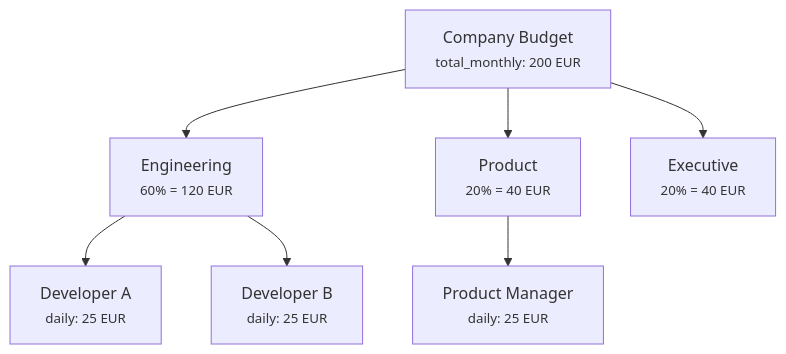
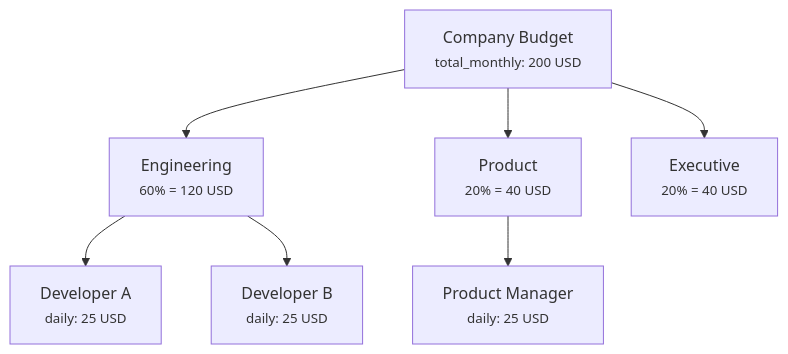
One commit to ricotemmink/farm changed the diagram in docs/guides/budget.md. Above: the diagram before and after it, drawn with Mermaid. The commit also changed other lines of this file and 121 other files, not shown here.

````diff
--- a/docs/guides/budget.md
+++ b/docs/guides/budget.md
@@ -16,17 +16,17 @@
 ```mermaid
 graph TD
-    Company["Company Budget<br/><small>total_monthly: 200 EUR</small>"]
-    Eng["Engineering<br/><small>60% = 120 EUR</small>"]
-    Prod["Product<br/><small>20% = 40 EUR</small>"]
-    Exec["Executive<br/><small>20% = 40 EUR</small>"]
-    Dev1["Developer A<br/><small>daily: 25 EUR</small>"]
-    Dev2["Developer B<br/><small>daily: 25 EUR</small>"]
-    PM["Product Manager<br/><small>daily: 25 EUR</small>"]
+    Company["Company Budget<br/><small>total_monthly: 200 USD</small>"]
+    Eng["Engineering<br/><small>60% = 120 USD</small>"]
+    Prod["Product<br/><small>20% = 40 USD</small>"]
+    Exec["Executive<br/><small>20% = 40 USD</small>"]
+    Dev1["Developer A<br/><small>daily: 25 USD</small>"]
+    Dev2["Developer B<br/><small>daily: 25 USD</small>"]
+    PM["Product Manager<br/><small>daily: 25 USD</small>"]
 
     Company --> Eng
     Company --> Prod
     Company --> Exec
     Eng --> Dev1
     Eng --> Dev2
     Prod --> PM
 ```
````
